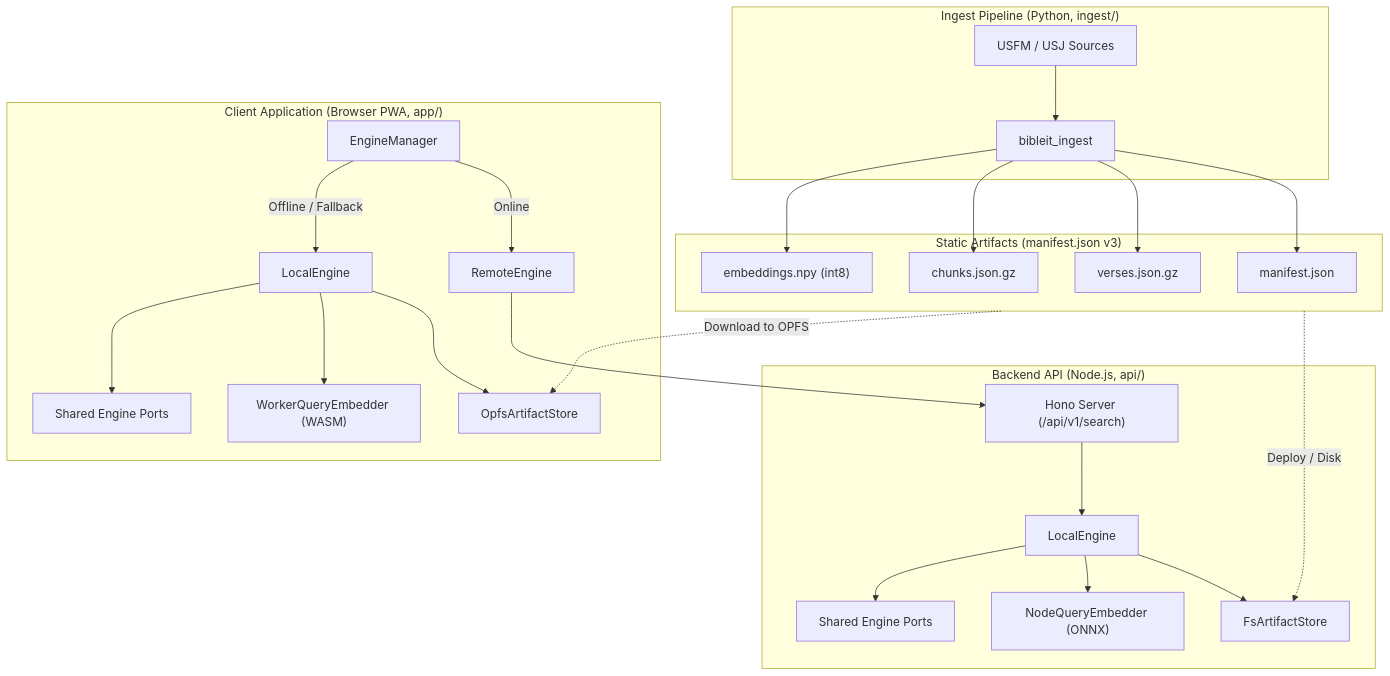
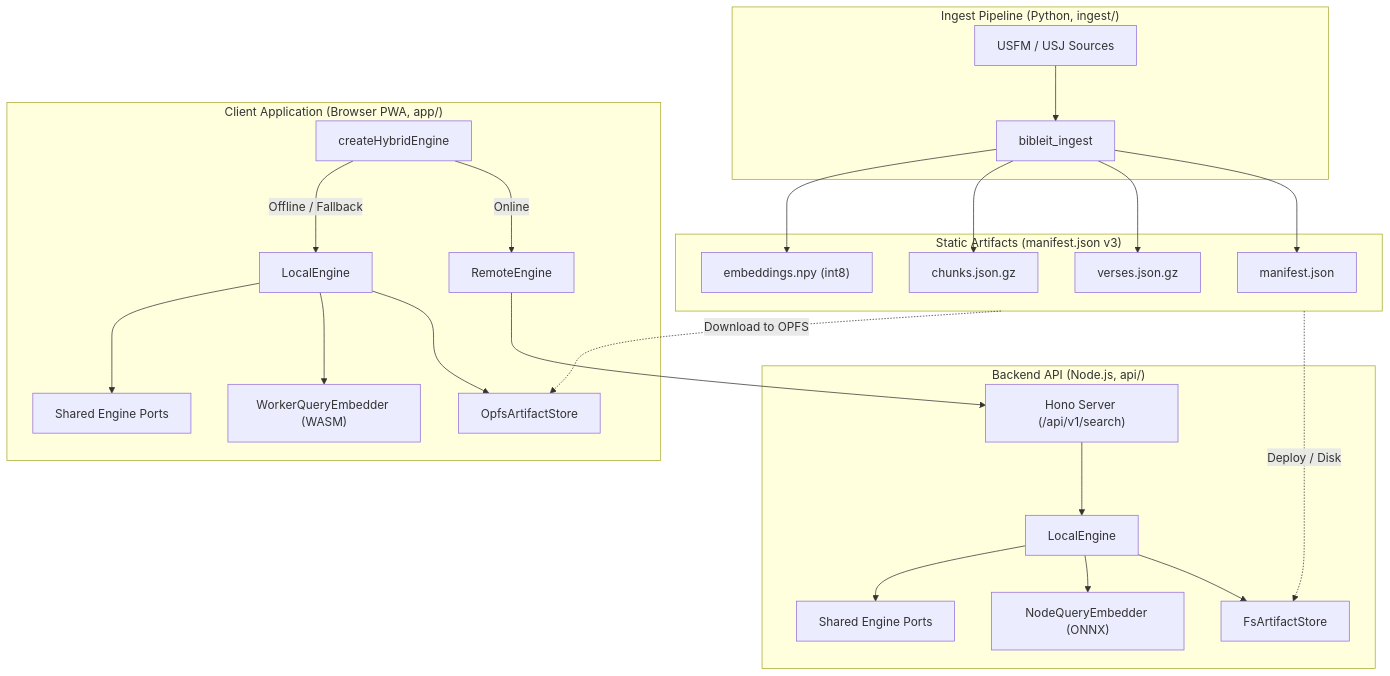
The diagram in docs/architecture.md (hjisaac/bibleit), drawn with Mermaid before and after one commit. The commit also changed other lines of this file and 17 other files, not shown here.

Commit message:
feat(proxy,app): add Cloudflare Worker Hono proxy, Serv00 deploy prep, and createHybridEngine

````diff
--- a/docs/architecture.md
+++ b/docs/architecture.md
@@ -17,32 +17,32 @@
 ```mermaid
 flowchart TD
   subgraph Ingest["Ingest Pipeline (Python, ingest/)"]
     USFM["USFM / USJ Sources"] --> IngestLib["bibleit_ingest"]
   end
 
   subgraph Artifacts["Static Artifacts (manifest.json v3)"]
     IngestLib --> Manifest["manifest.json"]
     IngestLib --> Verses["verses.json.gz"]
     IngestLib --> Chunks["chunks.json.gz"]
     IngestLib --> Embeddings["embeddings.npy (int8)"]
   end
 
   subgraph Backend["Backend API (Node.js, api/)"]
     API["Hono Server (/api/v1/search)"] --> ServerEngine["LocalEngine"]
     ServerEngine --> FsStore["FsArtifactStore"]
     ServerEngine --> NodeEmbed["NodeQueryEmbedder (ONNX)"]
     ServerEngine --> ServerPorts["Shared Engine Ports"]
   end
 
   subgraph Client["Client Application (Browser PWA, app/)"]
-    Manager["EngineManager"] -->|Online| Remote["RemoteEngine"]
+    Hybrid["createHybridEngine"] -->|Online| Remote["RemoteEngine"]
     Remote --> API
-    Manager -->|Offline / Fallback| ClientEngine["LocalEngine"]
+    Hybrid -->|Offline / Fallback| ClientEngine["LocalEngine"]
     ClientEngine --> OpfsStore["OpfsArtifactStore"]
     ClientEngine --> WorkerEmbed["WorkerQueryEmbedder (WASM)"]
     ClientEngine --> ClientPorts["Shared Engine Ports"]
   end
 
   Artifacts -.->|Deploy / Disk| FsStore
   Artifacts -.->|Download to OPFS| OpfsStore
 ```
````
